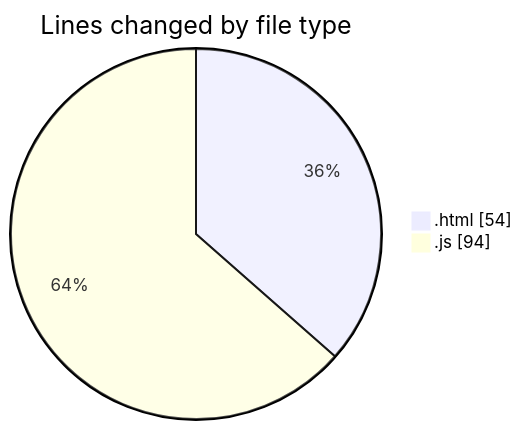
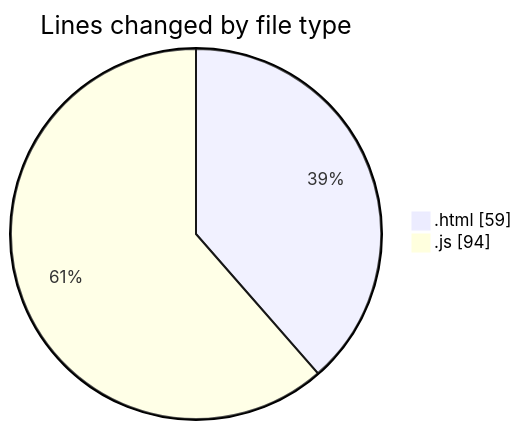
One commit to Ritupan-Deka/code-tracking changed the first of 2 diagrams in 2025-01-28/projects/README.md. Above: the diagram before and after it, drawn with Mermaid. The commit also changed other lines of this file and 1 other file, not shown here.

````diff
--- a/2025-01-28/projects/README.md
+++ b/2025-01-28/projects/README.md
@@ -21,6 +21,6 @@
 ```mermaid
 pie showData
 title Lines changed by file type
-".html" : 54
+".html" : 59
 ".js" : 94
 ```
````
